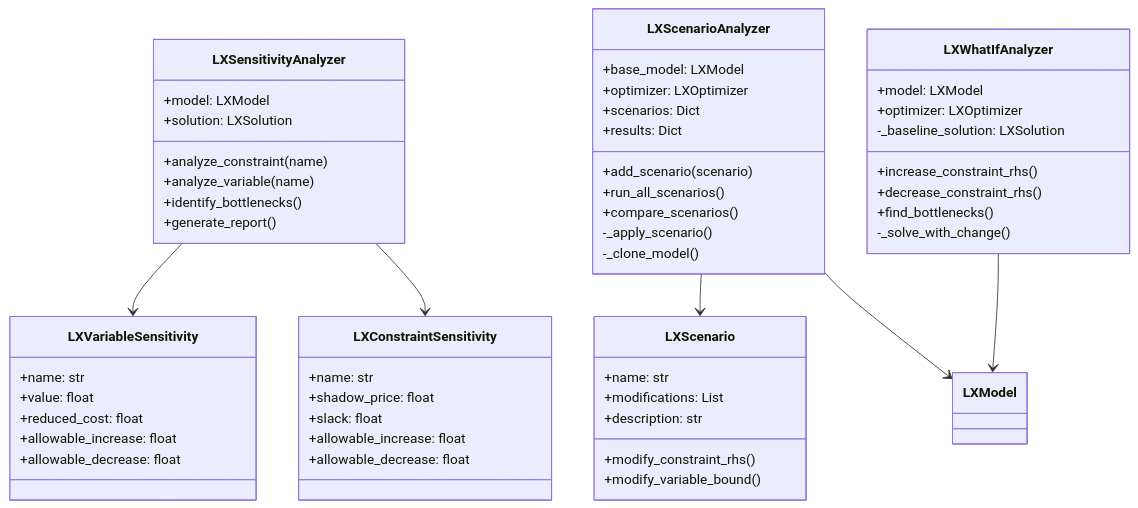
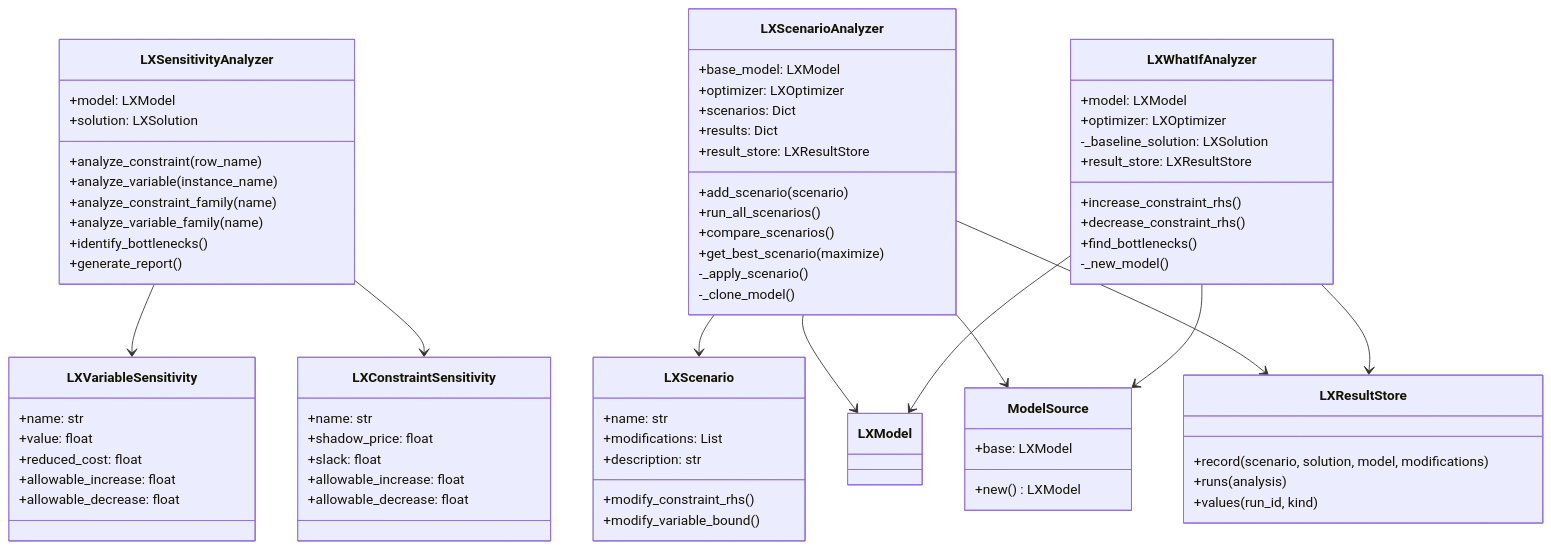
The first of 4 diagrams in docs/source/development/analysis-architecture.rst (tdelphi1981/LumiX), drawn with Mermaid before and after one commit. The commit also changed other lines of this file and 27 other files, not shown here.

Commit message:
docs(analysis): shared-instance copies, per-row sensitivity, model_factory, LXResultStore; CHANGELOG

```diff
--- a/docs/source/development/analysis-architecture.rst
+++ b/docs/source/development/analysis-architecture.rst
@@ -28,8 +28,10 @@
        class LXSensitivityAnalyzer {
            +model: LXModel
            +solution: LXSolution
-           +analyze_constraint(name)
-           +analyze_variable(name)
+           +analyze_constraint(row_name)
+           +analyze_variable(instance_name)
+           +analyze_constraint_family(name)
+           +analyze_variable_family(name)
            +identify_bottlenecks()
            +generate_report()
        }
@@ -39,9 +41,11 @@
            +optimizer: LXOptimizer
            +scenarios: Dict
            +results: Dict
+           +result_store: LXResultStore
            +add_scenario(scenario)
            +run_all_scenarios()
            +compare_scenarios()
+           +get_best_scenario(maximize)
            -_apply_scenario()
            -_clone_model()
        }
@@ -50,10 +54,22 @@
            +model: LXModel
            +optimizer: LXOptimizer
            -_baseline_solution: LXSolution
+           +result_store: LXResultStore
            +increase_constraint_rhs()
            +decrease_constraint_rhs()
            +find_bottlenecks()
-           -_solve_with_change()
+           -_new_model()
+       }
+
+       class ModelSource {
+           +base: LXModel
+           +new() LXModel
+       }
+
+       class LXResultStore {
+           +record(scenario, solution, model, modifications)
+           +runs(analysis)
+           +values(run_id, kind)
        }
 
        class LXScenario {
@@ -85,3 +101,7 @@
        LXSensitivityAnalyzer --> LXVariableSensitivity
        LXSensitivityAnalyzer --> LXConstraintSensitivity
        LXWhatIfAnalyzer --> LXModel
+       LXScenarioAnalyzer --> ModelSource
+       LXWhatIfAnalyzer --> ModelSource
+       LXScenarioAnalyzer --> LXResultStore
+       LXWhatIfAnalyzer --> LXResultStore
```
